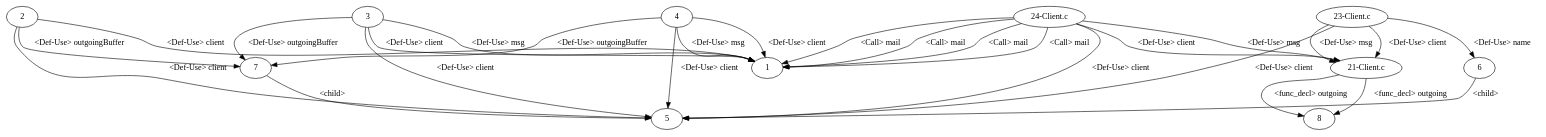
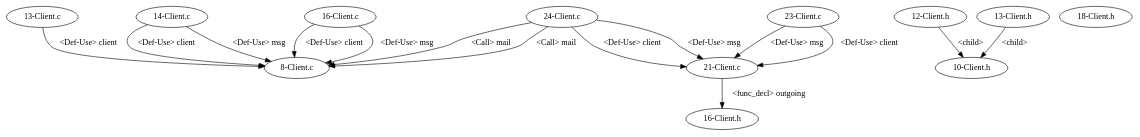
The diagram in testcpp/dependencyGraph/EmailSystem/test_11/graph.gv (shuiblue/JDimeForCpp), drawn with Graphviz before and after one commit. The commit also changed 9 other files, not shown here.

```diff
--- a/testcpp/dependencyGraph/EmailSystem/test_11/graph.gv
+++ b/testcpp/dependencyGraph/EmailSystem/test_11/graph.gv
@@ -1,31 +1,28 @@
 digraph {
-2 -> 5[label="<Def-Use> client"];
-2 -> 1[label="<Def-Use> client"];
-2 -> 7[label="<Def-Use> outgoingBuffer"];
-3 -> 5[label="<Def-Use> client"];
-3 -> 1[label="<Def-Use> client"];
-3 -> 7[label="<Def-Use> outgoingBuffer"];
-3 -> 1[label="<Def-Use> msg"];
-4 -> 5[label="<Def-Use> client"];
-4 -> 1[label="<Def-Use> client"];
-4 -> 7[label="<Def-Use> outgoingBuffer"];
-4 -> 1[label="<Def-Use> msg"];
-10 [label = "21-Client.c"];
-11 [label = "23-Client.c"];
-11 -> 10[label="<Def-Use> msg"];
-11 -> 5[label="<Def-Use> client"];
+10 [label = "8-Client.c"];
+11 [label = "13-Client.c"];
 11 -> 10[label="<Def-Use> client"];
-11 -> 6[label="<Def-Use> name"];
-12 [label = "24-Client.c"];
-12 -> 1[label="<Call> mail"];
-12 -> 1[label="<Call> mail"];
-12 -> 5[label="<Def-Use> client"];
+12 [label = "14-Client.c"];
 12 -> 10[label="<Def-Use> client"];
 12 -> 10[label="<Def-Use> msg"];
-6 -> 5[label="<child>"];
-7 -> 5[label="<child>"];
-12 -> 1[label="<Call> mail"];
-12 -> 1[label="<Call> mail"];
-10 -> 8[label="<func_decl> outgoing"];
-10 -> 8[label="<func_decl> outgoing"];
+13 [label = "16-Client.c"];
+13 -> 10[label="<Def-Use> client"];
+13 -> 10[label="<Def-Use> msg"];
+14 [label = "21-Client.c"];
+15 [label = "23-Client.c"];
+15 -> 14[label="<Def-Use> msg"];
+15 -> 14[label="<Def-Use> client"];
+16 [label = "24-Client.c"];
+16 -> 10[label="<Call> mail"];
+16 -> 14[label="<Def-Use> client"];
+16 -> 14[label="<Def-Use> msg"];
+17 [label = "10-Client.h"];
+18 [label = "12-Client.h"];
+19 [label = "13-Client.h"];
+19 -> 17[label="<child>"];
+18 -> 17[label="<child>"];
+20 [label = "16-Client.h"];
+21 [label = "18-Client.h"];
+16 -> 10[label="<Call> mail"];
+14 -> 20[label="<func_decl> outgoing"];
 }
```
